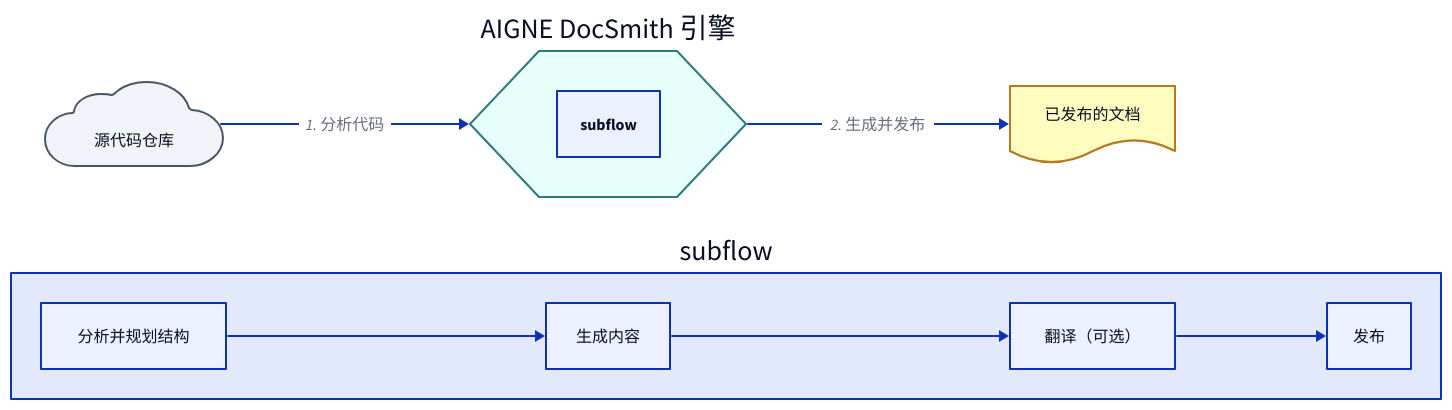
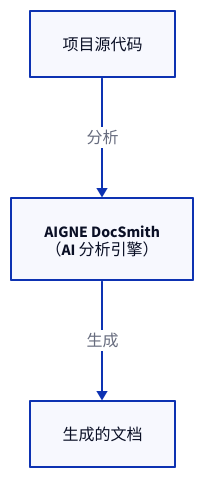
Before and after one commit to AIGNE-io/aigne-doc-smith: the diagram in docs/overview.zh.md, drawn with D2. The commit also changed other lines of this file and 120 other files, not shown here.

Commit message:
chore: update docs for aigne doc-smith

````diff
--- a/docs/overview.zh.md
+++ b/docs/overview.zh.md
@@ -7,49 +11,21 @@
 ```d2
-direction: right
-style: {
-  font-size: 14
+direction: down
+
+Source-Code: {
+  label: "项目源代码"
+  shape: rectangle
 }
 
-# Actors
-source_code: "源代码仓库" {
-  shape: cloud
-  style: {
-    fill: "#F0F4F8"
-    stroke: "#4A5568"
-  }
+DocSmith: {
+  label: "AIGNE DocSmith\n（AI 分析引擎）"
+  shape: rectangle
 }
 
-docsmith: "AIGNE DocSmith 引擎" {
-  shape: hexagon
-  style: {
-    fill: "#E6FFFA"
-    stroke: "#2C7A7B"
-  }
+Docs: {
+  label: "生成的文档"
+  shape: rectangle
 }
 
-published_docs: "已发布的文档" {
-  shape: document
-  style: {
-    fill: "#FEFCBF"
-    stroke: "#B7791F"
-  }
-}
-
-# Main Flow
-source_code -> docsmith: "1. 分析代码"
-docsmith -> published_docs: "2. 生成并发布"
-
-# DocSmith Internal Process
-subflow: {
-  direction: down
-  
-  analyze: "分析并规划结构"
-  generate: "生成内容"
-  translate: "翻译（可选）"
-  publish: "发布"
-  
-  analyze -> generate -> translate -> publish
-}
-
-docsmith.subflow: subflow
+Source-Code -> DocSmith: "分析"
+DocSmith -> Docs: "生成"
 ```
````
